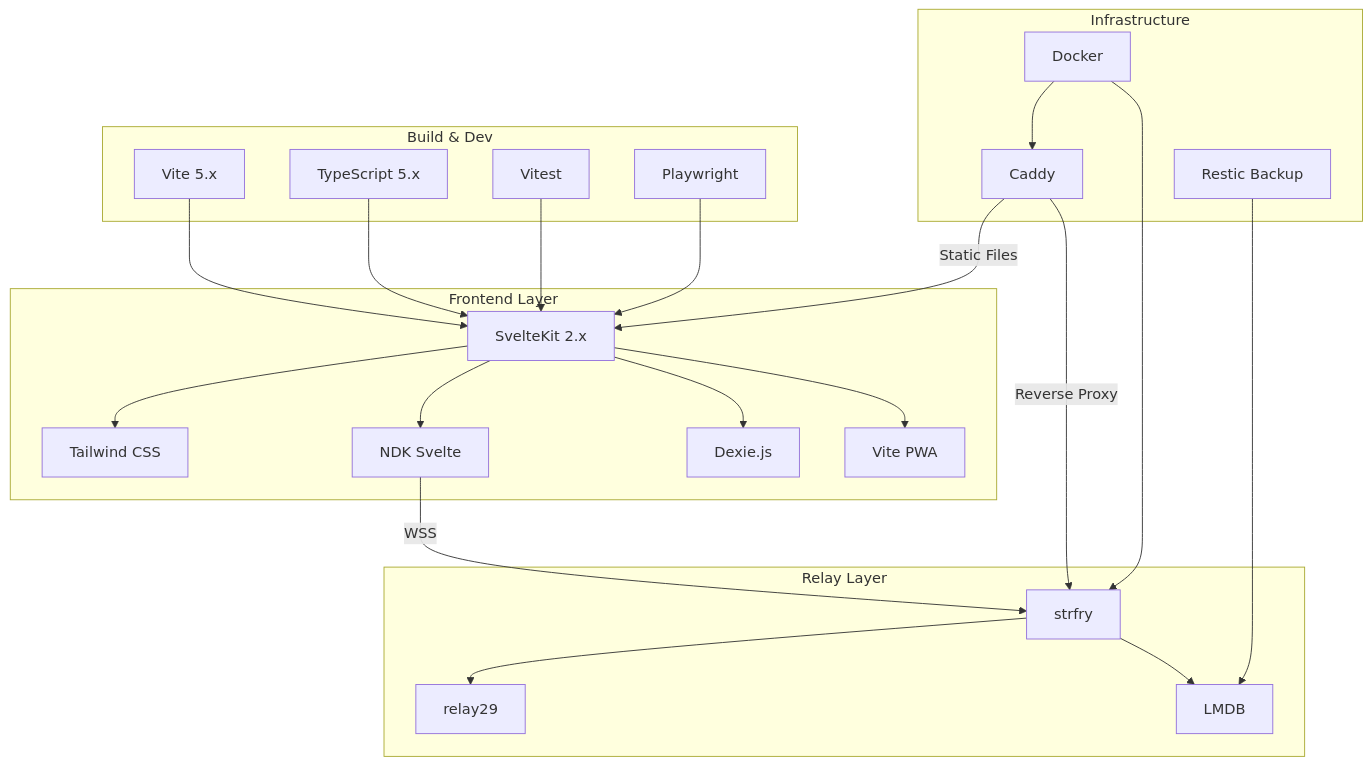
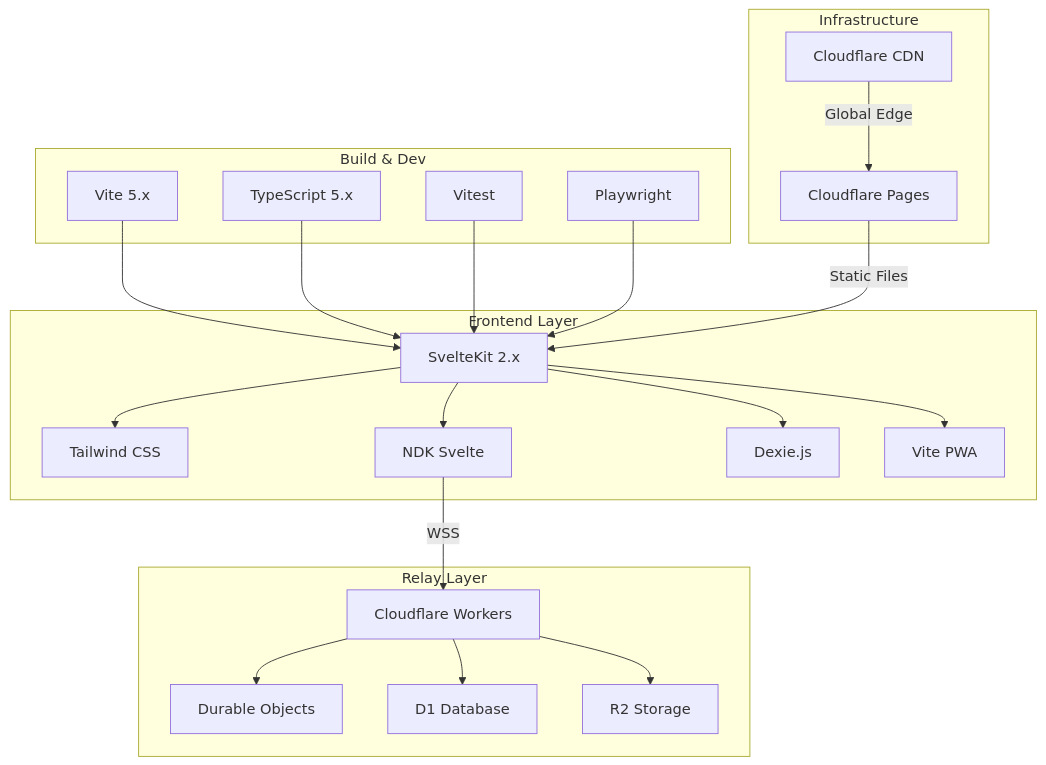
Before and after one commit to jjohare/minimoonoir: the third of 8 diagrams in docs/sparc/04-refinement.md, drawn with Mermaid. The commit also changed other lines of this file and 27 other files, not shown here.

First line of the commit message:
chore: deprecate Docker architecture, update docs for serverless

````diff
--- a/docs/sparc/04-refinement.md
+++ b/docs/sparc/04-refinement.md
@@ -122,48 +122,46 @@
 ```mermaid
 graph TB
     subgraph "Frontend Layer"
         SK[SvelteKit 2.x]
         TW[Tailwind CSS]
         NDK[NDK Svelte]
         DX[Dexie.js]
         PWA[Vite PWA]
     end
 
     subgraph "Build & Dev"
         VT[Vite 5.x]
         TS[TypeScript 5.x]
         VT5[Vitest]
         PW[Playwright]
     end
 
     subgraph "Relay Layer"
-        SF[strfry]
-        R29[relay29]
-        LM[LMDB]
+        CW[Cloudflare Workers]
+        DO[Durable Objects]
+        D1[D1 Database]
+        R2[R2 Storage]
     end
 
     subgraph "Infrastructure"
-        CD[Caddy]
-        DK[Docker]
-        RS[Restic Backup]
+        CF[Cloudflare Pages]
+        CDN[Cloudflare CDN]
     end
 
     SK --> NDK
     SK --> TW
     SK --> DX
     SK --> PWA
     VT --> SK
     TS --> SK
     VT5 --> SK
     PW --> SK
 
-    NDK -->|WSS| SF
-    SF --> R29
-    SF --> LM
+    NDK -->|WSS| CW
+    CW --> DO
+    CW --> D1
+    CW --> R2
 
-    CD -->|Reverse Proxy| SF
-    CD -->|Static Files| SK
-    DK --> SF
-    DK --> CD
-    RS --> LM
+    CF -->|Static Files| SK
+    CDN -->|Global Edge| CF
 ```
````
